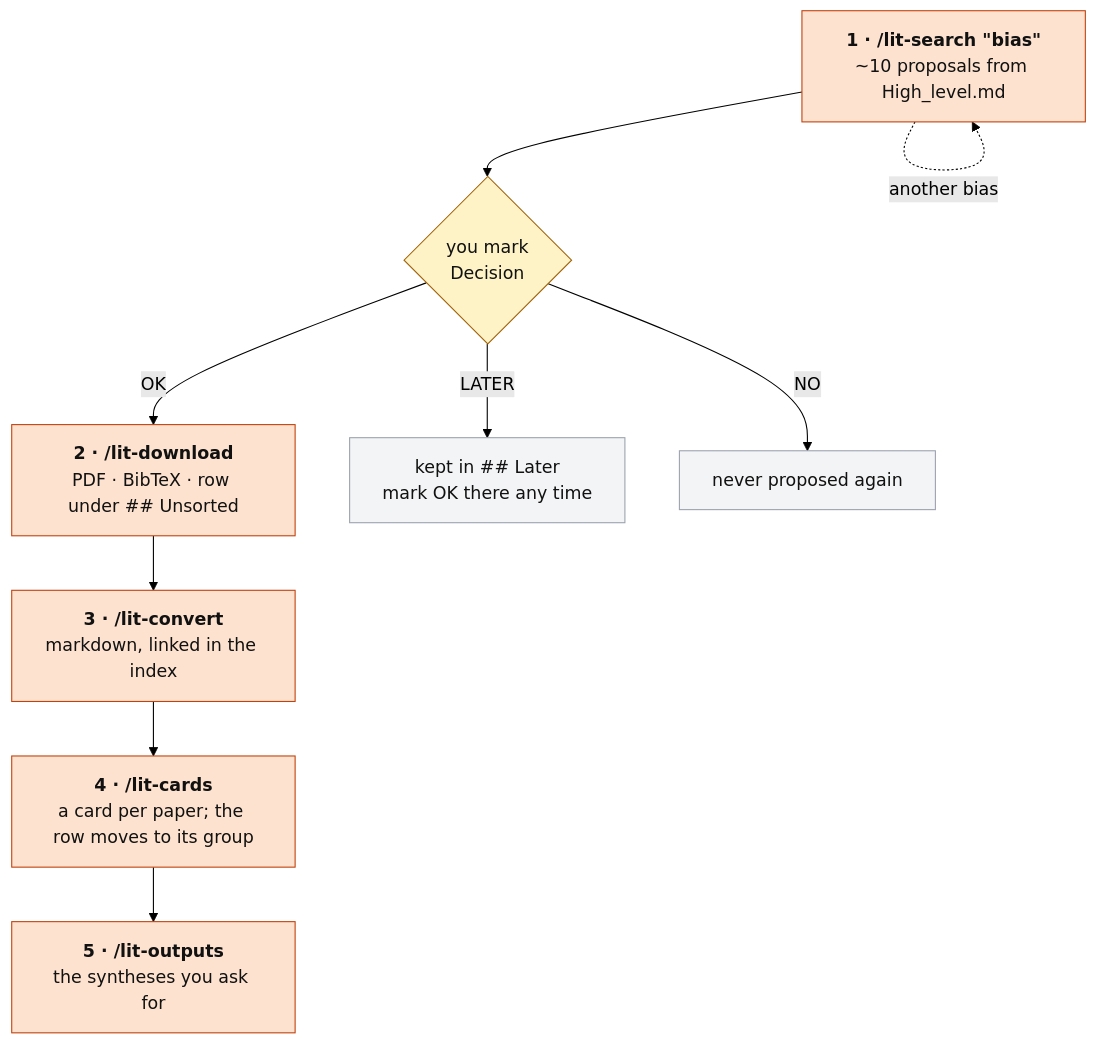
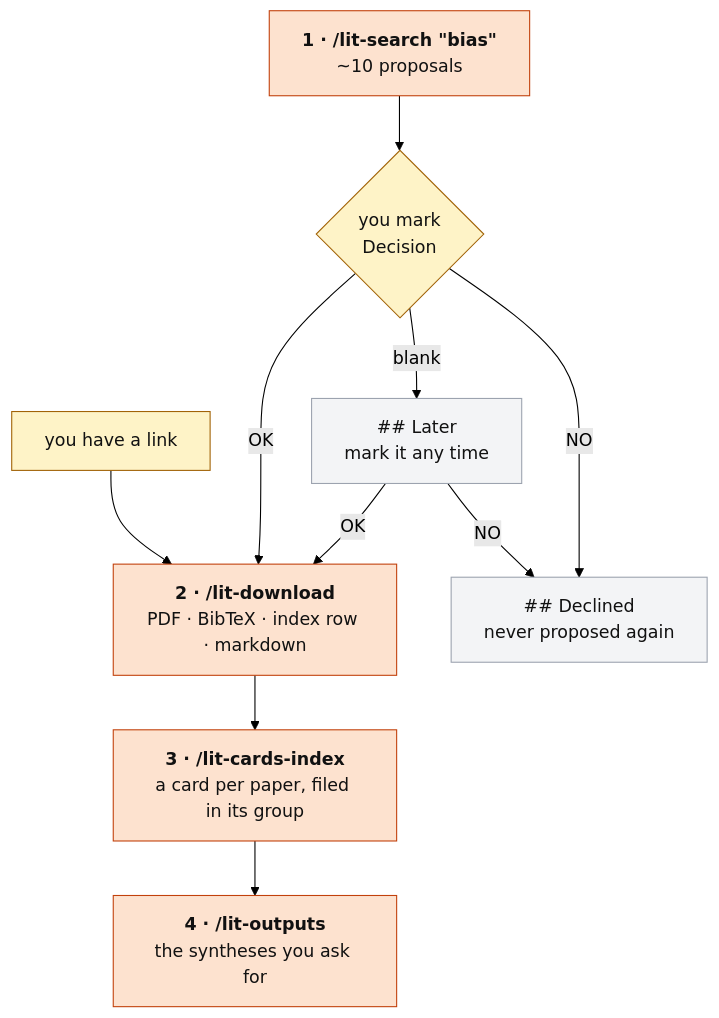
The second of 3 diagrams in GUIDE.md (LeonardoSani/OmniFrame), drawn with Mermaid (forest theme) before and after one commit. The commit also changed other lines of this file and 11 other files, not shown here.

Commit message:
Literature: download converts and takes links, unmarked proposals kept in Later, /lit-cards-index, shorter Guide

````diff
--- a/GUIDE.md
+++ b/GUIDE.md
@@ -168,21 +167,24 @@
 ```mermaid
 flowchart TD
   classDef claude fill:#fde2cf,stroke:#c2410c,color:#111
   classDef you fill:#fef3c7,stroke:#a16207,color:#111
   classDef note fill:#f3f4f6,stroke:#9ca3af,color:#111
 
-  se["<b>1 · /lit-search #quot;bias#quot;</b><br/>~10 proposals from High_level.md"]:::claude
+  se["<b>1 · /lit-search #quot;bias#quot;</b><br/>~10 proposals"]:::claude
   dec{"you mark<br/>Decision"}:::you
-  dl["<b>2 · /lit-download</b><br/>PDF · BibTeX · row under ## Unsorted"]:::claude
-  cv["<b>3 · /lit-convert</b><br/>markdown, linked in the index"]:::claude
-  ca["<b>4 · /lit-cards</b><br/>a card per paper; the row moves to its group"]:::claude
-  ou["<b>5 · /lit-outputs</b><br/>the syntheses you ask for"]:::claude
-  later["kept in ## Later<br/>mark OK there any time"]:::note
-  no["never proposed again"]:::note
+  link["you have a link"]:::you
+  dl["<b>2 · /lit-download</b><br/>PDF · BibTeX · index row · markdown"]:::claude
+  ca["<b>3 · /lit-cards-index</b><br/>a card per paper, filed in its group"]:::claude
+  ou["<b>4 · /lit-outputs</b><br/>the syntheses you ask for"]:::claude
+  later["## Later<br/>mark it any time"]:::note
+  no["## Declined<br/>never proposed again"]:::note
 
   se --> dec
-  se -. "another bias" .-> se
-  dec -->|OK| dl --> cv --> ca --> ou
-  dec -->|LATER| later
+  dec -->|OK| dl
+  link --> dl
+  dl --> ca --> ou
+  dec -->|blank| later
   dec -->|NO| no
+  later -->|OK| dl
+  later -->|NO| no
 ```
````
